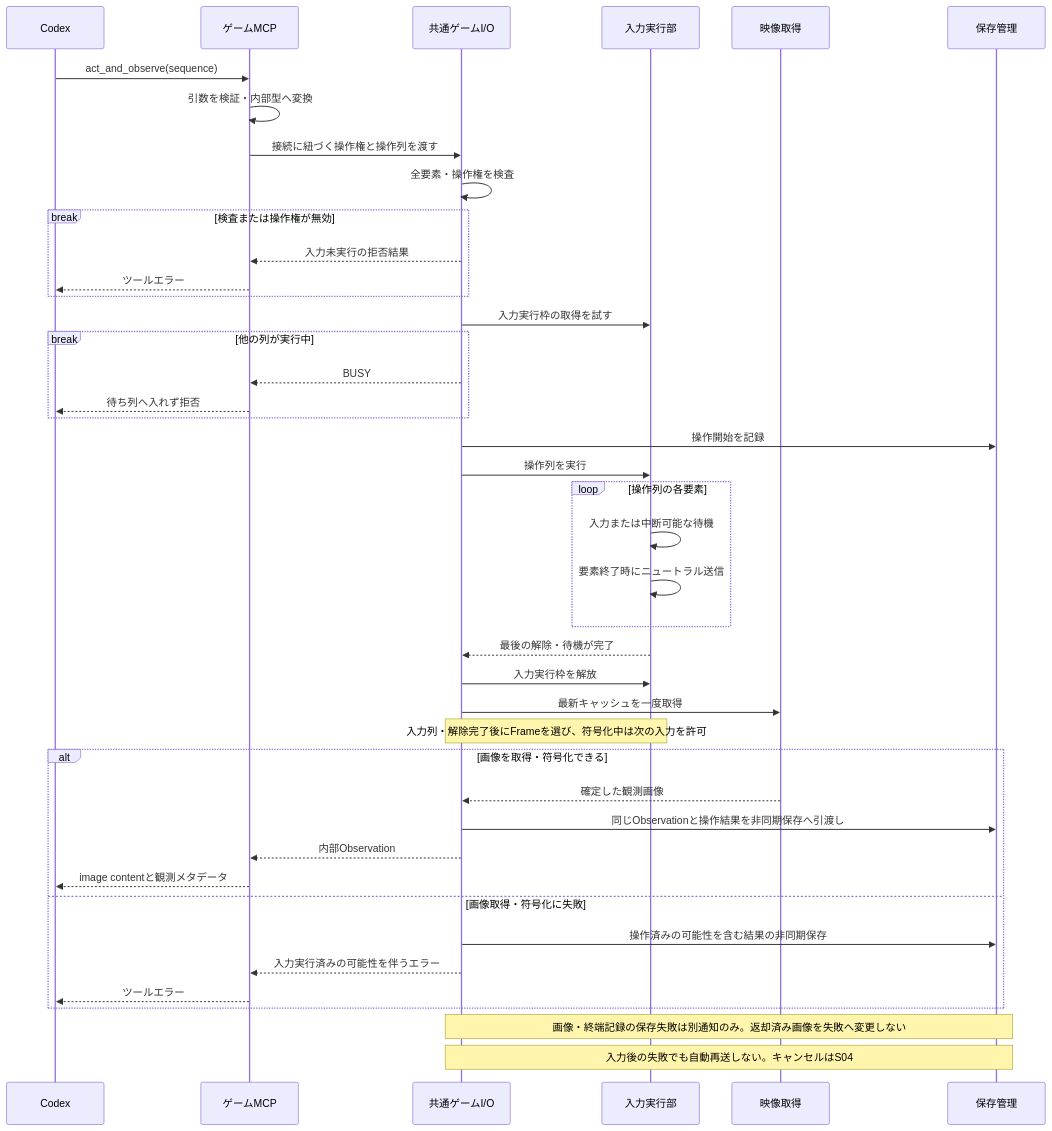
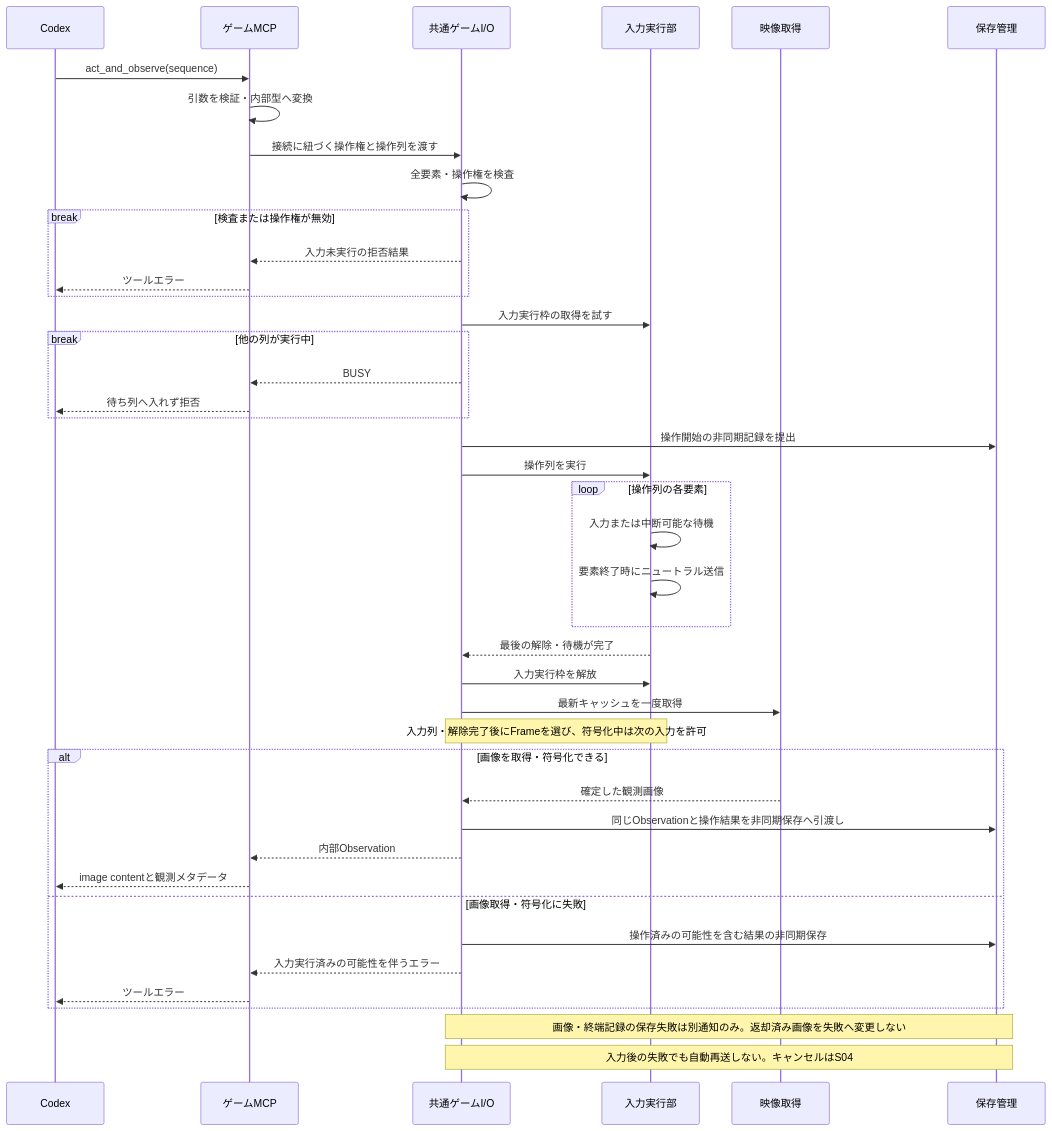
One commit to niart120/Project_Gigas changed the third of 8 diagrams in spec/initial/09-control-flows.md. Above: the diagram before and after it, drawn with Mermaid. The commit also changed other lines of this file and 25 other files, not shown here.

````diff
--- a/spec/initial/09-control-flows.md
+++ b/spec/initial/09-control-flows.md
@@ -122,44 +126,44 @@
 ```mermaid
 sequenceDiagram
     participant R as Codex
     participant M as ゲームMCP
     participant G as 共通ゲームI/O
     participant I as 入力実行部
     participant V as 映像取得
     participant D as 保存管理
     R->>M: act_and_observe(sequence)
     M->>M: 引数を検証・内部型へ変換
     M->>G: 接続に紐づく操作権と操作列を渡す
     G->>G: 全要素・操作権を検査
     break 検査または操作権が無効
         G-->>M: 入力未実行の拒否結果
         M-->>R: ツールエラー
     end
     G->>I: 入力実行枠の取得を試す
     break 他の列が実行中
         G-->>M: BUSY
         M-->>R: 待ち列へ入れず拒否
     end
-    G->>D: 操作開始を記録
+    G->>D: 操作開始の非同期記録を提出
     G->>I: 操作列を実行
     loop 操作列の各要素
         I->>I: 入力または中断可能な待機
         I->>I: 要素終了時にニュートラル送信
     end
     I-->>G: 最後の解除・待機が完了
     G->>I: 入力実行枠を解放
     G->>V: 最新キャッシュを一度取得
     Note over G,I: 入力列・解除完了後にFrameを選び、符号化中は次の入力を許可
     alt 画像を取得・符号化できる
         V-->>G: 確定した観測画像
         G->>D: 同じObservationと操作結果を非同期保存へ引渡し
         G-->>M: 内部Observation
         M-->>R: image contentと観測メタデータ
     else 画像取得・符号化に失敗
         G->>D: 操作済みの可能性を含む結果の非同期保存
         G-->>M: 入力実行済みの可能性を伴うエラー
         M-->>R: ツールエラー
     end
     Note over G,D: 画像・終端記録の保存失敗は別通知のみ。返却済み画像を失敗へ変更しない
     Note over G,D: 入力後の失敗でも自動再送しない。キャンセルはS04
 ```
````
